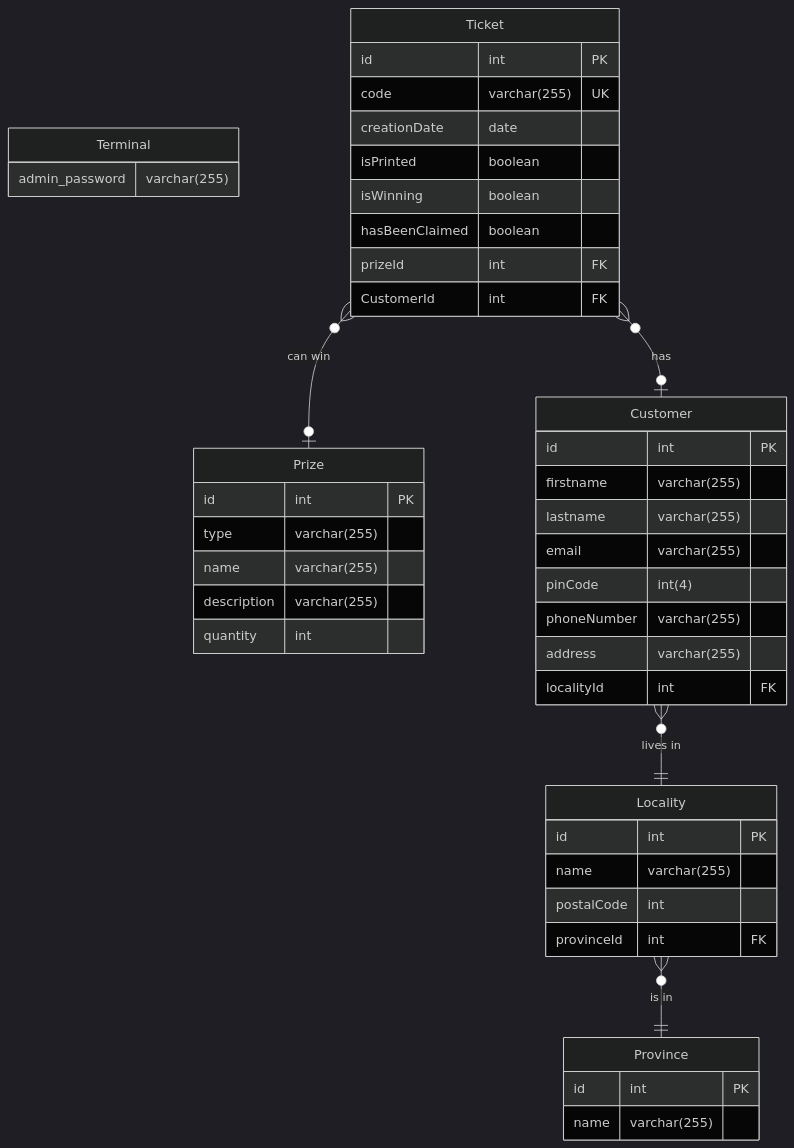
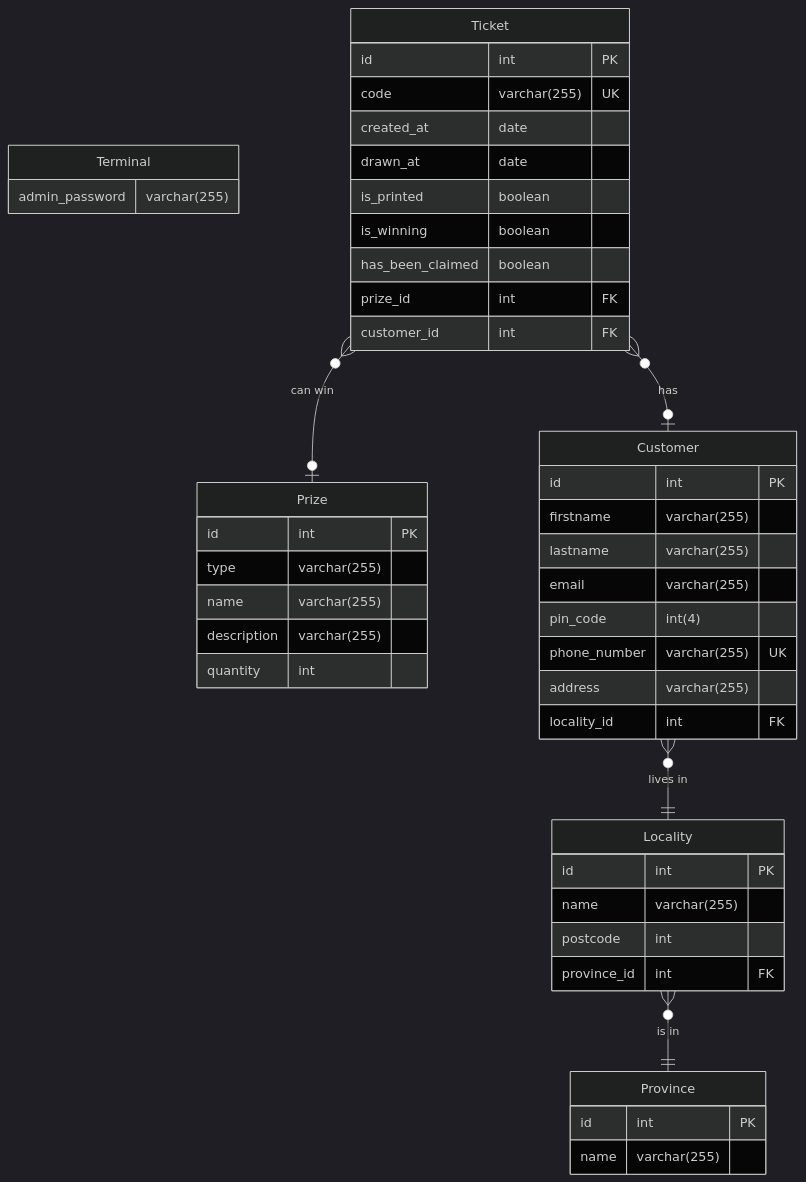
One commit to HunteRoi/bwatakado changed the diagram in docs/mermaid/Entity-Relationship.mermaid. Above: the diagram before and after it, drawn with Mermaid (dark theme). The commit also changed 15 other files, not shown here.

```diff
--- a/docs/mermaid/Entity-Relationship.mermaid
+++ b/docs/mermaid/Entity-Relationship.mermaid
@@ -1,52 +1,53 @@
 erDiagram
-    %% Terminal is not stored in Database, but in a file
+%% Terminal is not stored in Database, but in a file
     Terminal {
         admin_password varchar(255)
     }
 
     Prize {
         id int PK
         type varchar(255)
         name varchar(255)
         description varchar(255)
         quantity int
     }
 
     Ticket {
         id int PK
         code varchar(255) UK
-        creationDate date
-        isPrinted boolean
-        isWinning boolean
-        hasBeenClaimed boolean
-        prizeId int FK
-        CustomerId int FK
+        created_at date
+        drawn_at date
+        is_printed boolean
+        is_winning boolean
+        has_been_claimed boolean
+        prize_id int FK
+        customer_id int FK
     }
 
     Customer {
         id int PK
         firstname varchar(255)
         lastname varchar(255)
         email varchar(255)
-        pinCode int(4)
-        phoneNumber varchar(255)
+        pin_code int(4)
+        phone_number varchar(255) UK
         address varchar(255)
-        localityId int FK
+        locality_id int FK
     }
 
     Locality {
         id int PK
         name varchar(255)
-        postalCode int
-        provinceId int FK
+        postcode int
+        province_id int FK
     }
 
     Province {
         id int PK
         name varchar(255)
     }
 
     Customer }o--|| Locality: "lives in"
     Locality }o--|| Province: "is in"
     Ticket }o--o| Customer: "has"
     Ticket }o--o| Prize: "can win"
```
